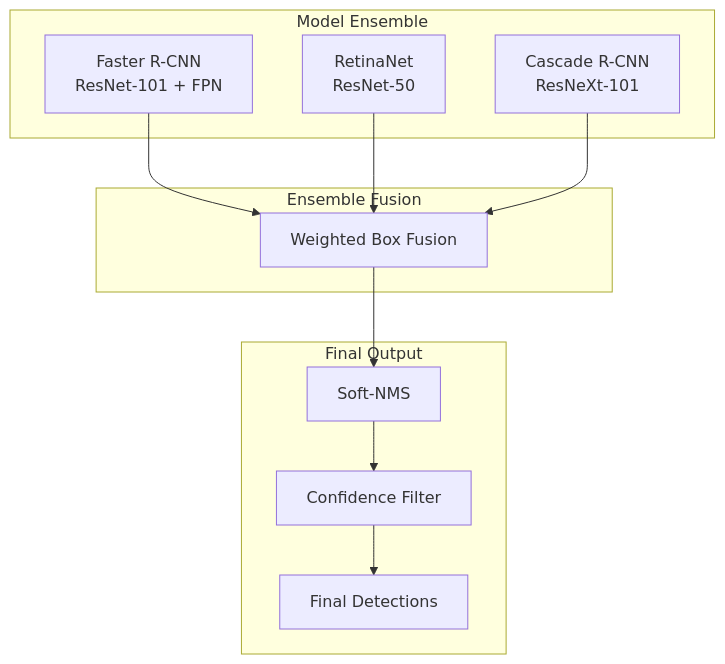
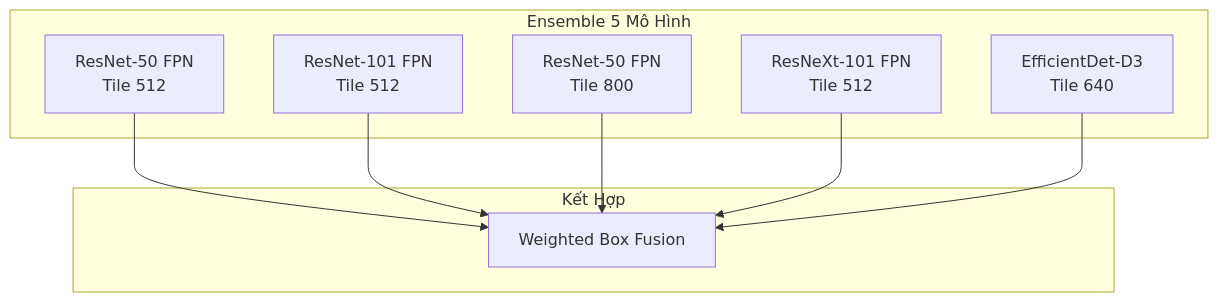
Before and after one commit to rerangst/geobayai_lab: the third of 5 diagrams in research/chuong-06-xview-challenges/muc-01-xview1-object-detection/05-giai-tu.md, drawn with Mermaid. The commit also changed other lines of this file and 18 other files, not shown here.

````diff
--- a/research/chuong-06-xview-challenges/muc-01-xview1-object-detection/05-giai-tu.md
+++ b/research/chuong-06-xview-challenges/muc-01-xview1-object-detection/05-giai-tu.md
@@ -224,20 +97,20 @@
 ```mermaid
-graph TB
-    subgraph Models["Model Ensemble"]
-        M1[Faster R-CNN<br/>ResNet-101 + FPN]
-        M2[RetinaNet<br/>ResNet-50]
-        M3[Cascade R-CNN<br/>ResNeXt-101]
+flowchart TB
+    subgraph MODELS["Ensemble 5 Mô Hình"]
+        M1["ResNet-50 FPN<br/>Tile 512"]
+        M2["ResNet-101 FPN<br/>Tile 512"]
+        M3["ResNet-50 FPN<br/>Tile 800"]
+        M4["ResNeXt-101 FPN<br/>Tile 512"]
+        M5["EfficientDet-D3<br/>Tile 640"]
     end
 
-    subgraph Fusion["Ensemble Fusion"]
-        M1 --> WBF[Weighted Box Fusion]
-        M2 --> WBF
-        M3 --> WBF
+    subgraph COMBINE["Kết Hợp"]
+        WBF["Weighted Box Fusion"]
     end
 
-    subgraph Output["Final Output"]
-        WBF --> NMS[Soft-NMS]
-        NMS --> FILTER[Confidence Filter]
-        FILTER --> FINAL[Final Detections]
-    end
+    M1 --> WBF
+    M2 --> WBF
+    M3 --> WBF
+    M4 --> WBF
+    M5 --> WBF
 ```
````
